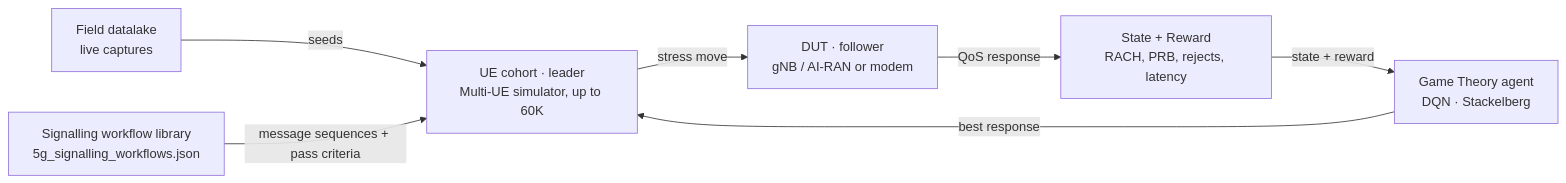
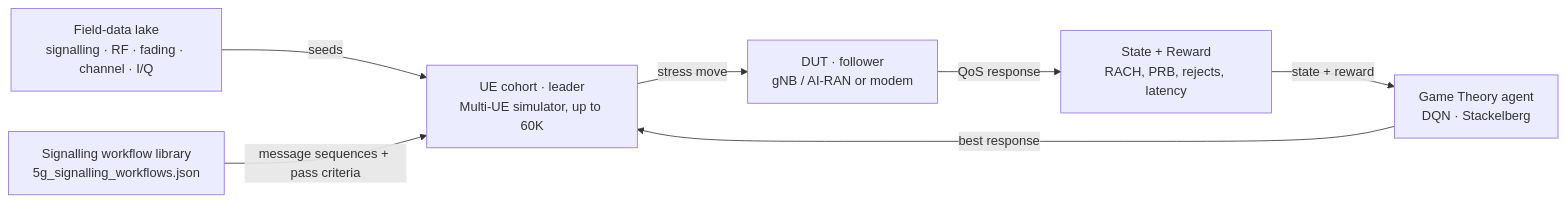
The first of 14 diagrams in PRD.md (marshy10/Test-Arena), drawn with Mermaid before and after one commit. The commit also changed other lines of this file and 10 other files, not shown here.

````diff
--- a/PRD.md
+++ b/PRD.md
@@ -45,9 +47,9 @@
 ```mermaid
 flowchart LR
-    DL[Field datalake<br/>live captures] -- seeds --> L[UE cohort · leader<br/>Multi-UE simulator, up to 60K]
+    DL[Field-data lake<br/>signalling · RF · fading · channel · I/Q] -- seeds --> L[UE cohort · leader<br/>Multi-UE simulator, up to 60K]
     WF[Signalling workflow library<br/>5g_signalling_workflows.json] -- message sequences + pass criteria --> L
     L -- stress move --> D[DUT · follower<br/>gNB / AI-RAN or modem]
     D -- QoS response --> SR[State + Reward<br/>RACH, PRB, rejects, latency]
     SR -- state + reward --> A[Game Theory agent<br/>DQN · Stackelberg]
     A -- best response --> L
 ```
````
